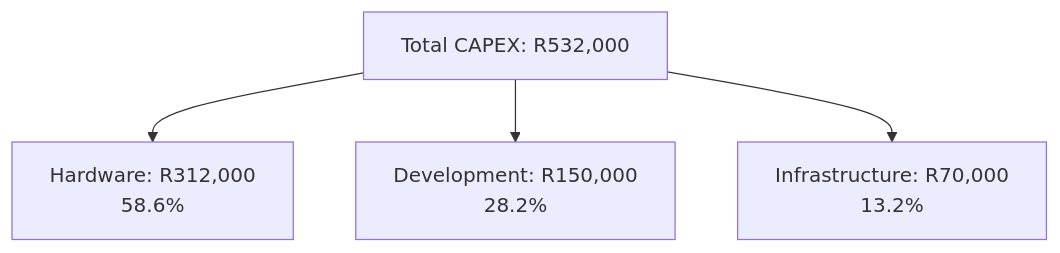
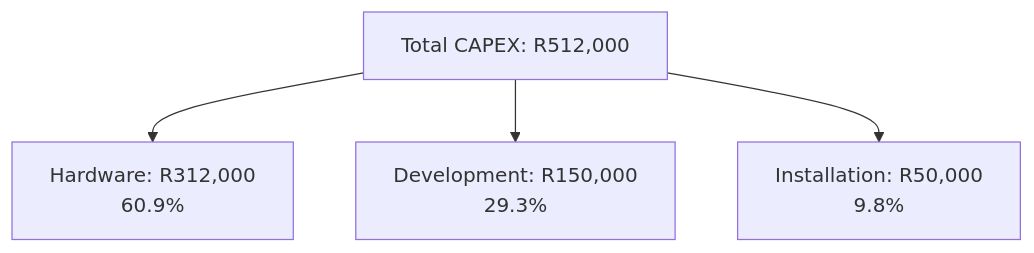
One commit to transnet-eduard-reitmann/locomotive-tracking-unit changed the third of 9 diagrams in docs/executive-summary.md. Above: the diagram before and after it, drawn with Mermaid. The commit also changed other lines of this file and 10 other files, not shown here.

````diff
--- a/docs/executive-summary.md
+++ b/docs/executive-summary.md
@@ -65,6 +65,6 @@
 ```mermaid
 graph TD
-    A[Total CAPEX: R532,000] --> B[Hardware: R312,000<br/>58.6%]
-    A --> C[Development: R150,000<br/>28.2%]
-    A --> D[Infrastructure: R70,000<br/>13.2%]
+    A[Total CAPEX: R512,000] --> B[Hardware: R312,000<br/>60.9%]
+    A --> C[Development: R150,000<br/>29.3%]
+    A --> D[Installation: R50,000<br/>9.8%]
 ```
````
